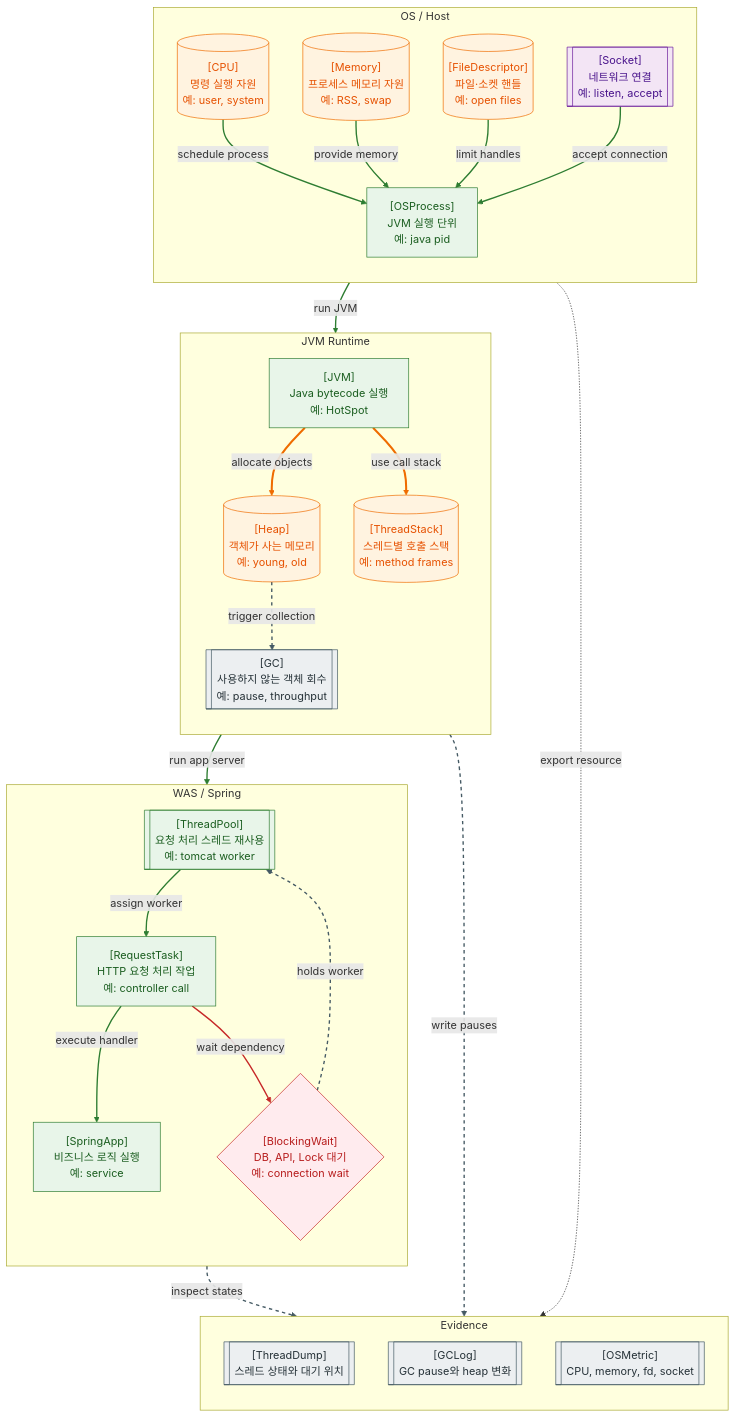
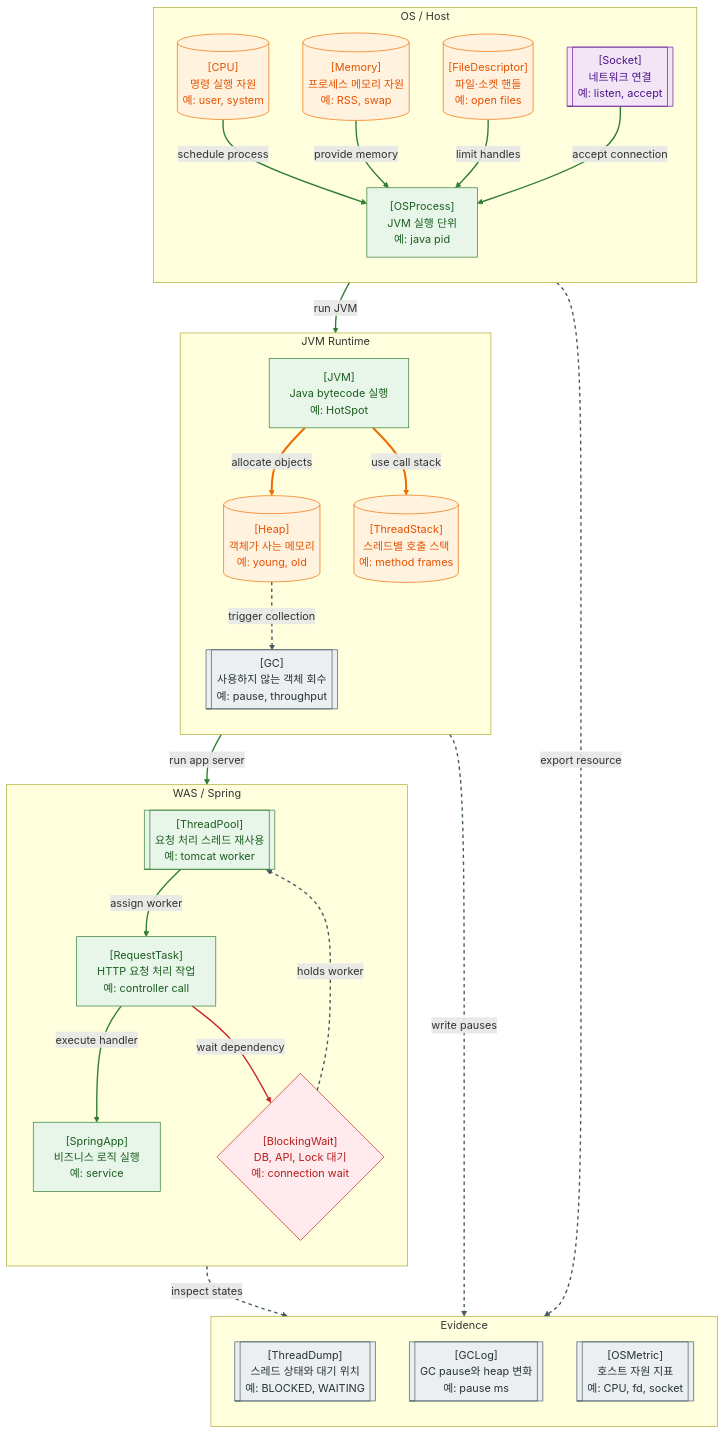
One commit to thisis-joe/thisis-joe.github.io changed the diagram in content/Web-지도/20. JVM, OS, Thread, Memory 지도.md. Above: the diagram before and after it, drawn with Mermaid. The commit also changed other lines of this file and 595 other files, not shown here.

````diff
--- a/content/Web-지도/20. JVM, OS, Thread, Memory 지도.md
+++ b/content/Web-지도/20. JVM, OS, Thread, Memory 지도.md
@@ -14,69 +14,69 @@
 ```mermaid
 flowchart TB
 
 subgraph OS_LAYER["OS / Host"]
 direction TB
 CPU[("[CPU]<br/>명령 실행 자원<br/>예: user, system")]
 MEM[("[Memory]<br/>프로세스 메모리 자원<br/>예: RSS, swap")]
 FD[("[FileDescriptor]<br/>파일·소켓 핸들<br/>예: open files")]
 SOCKET[["[Socket]<br/>네트워크 연결<br/>예: listen, accept"]]
 PROCESS["[OSProcess]<br/>JVM 실행 단위<br/>예: java pid"]
 end
 
 subgraph JVM_RUNTIME["JVM Runtime"]
 direction TB
 JVM["[JVM]<br/>Java bytecode 실행<br/>예: HotSpot"]
 HEAP[("[Heap]<br/>객체가 사는 메모리<br/>예: young, old")]
 STACK[("[ThreadStack]<br/>스레드별 호출 스택<br/>예: method frames")]
 GC[["[GC]<br/>사용하지 않는 객체 회수<br/>예: pause, throughput"]]
 end
 
 subgraph WAS_RUNTIME["WAS / Spring"]
 direction TB
 POOL[["[ThreadPool]<br/>요청 처리 스레드 재사용<br/>예: tomcat worker"]]
 REQ["[RequestTask]<br/>HTTP 요청 처리 작업<br/>예: controller call"]
 BLOCK{"[BlockingWait]<br/>DB, API, Lock 대기<br/>예: connection wait"}
 APP["[SpringApp]<br/>비즈니스 로직 실행<br/>예: service"]
 end
 
 subgraph EVIDENCE["Evidence"]
 direction TB
-TDUMP[["[ThreadDump]<br/>스레드 상태와 대기 위치"]]
-GCLOG[["[GCLog]<br/>GC pause와 heap 변화"]]
-OSMETRIC[["[OSMetric]<br/>CPU, memory, fd, socket"]]
+TDUMP[["[ThreadDump]<br/>스레드 상태와 대기 위치<br/>예: BLOCKED, WAITING"]]
+GCLOG[["[GCLog]<br/>GC pause와 heap 변화<br/>예: pause ms"]]
+OSMETRIC[["[OSMetric]<br/>호스트 자원 지표<br/>예: CPU, fd, socket"]]
 end
 
 CPU -->|schedule process| PROCESS
 MEM -->|provide memory| PROCESS
 FD -->|limit handles| PROCESS
 SOCKET -->|accept connection| PROCESS
 PROCESS -->|run JVM| JVM
 JVM ==>|allocate objects| HEAP
 JVM ==>|use call stack| STACK
 HEAP -.->|trigger collection| GC
 JVM -->|run app server| POOL
 POOL -->|assign worker| REQ
 REQ -->|execute handler| APP
 REQ -->|wait dependency| BLOCK
 BLOCK -.->|holds worker| POOL
 POOL -.->|inspect states| TDUMP
 GC -.->|write pauses| GCLOG
 PROCESS -.->|export resource| OSMETRIC
 
 classDef server fill:#E8F5E9,stroke:#2E7D32,color:#1B5E20;
 classDef data fill:#FFF3E0,stroke:#EF6C00,color:#E65100;
 classDef event fill:#F3E5F5,stroke:#6A1B9A,color:#4A148C;
 classDef ops fill:#ECEFF1,stroke:#455A64,color:#263238;
 classDef alert fill:#FFEBEE,stroke:#C62828,color:#B71C1C;
 
 class PROCESS,JVM,POOL,REQ,APP server;
 class CPU,MEM,FD,HEAP,STACK data;
 class SOCKET event;
 class GC,TDUMP,GCLOG,OSMETRIC ops;
 class BLOCK alert;
 
 linkStyle 0,1,2,3,4,8,9,10 stroke:#2E7D32,stroke-width:2px;
 linkStyle 5,6 stroke:#EF6C00,stroke-width:3px;
-linkStyle 7,12,13,14 stroke:#455A64,stroke-width:2px,stroke-dasharray:5 5;
+linkStyle 7,12,13,14,15 stroke:#455A64,stroke-width:2px,stroke-dasharray:5 5;
 linkStyle 11 stroke:#C62828,stroke-width:2px;
 ```
````
